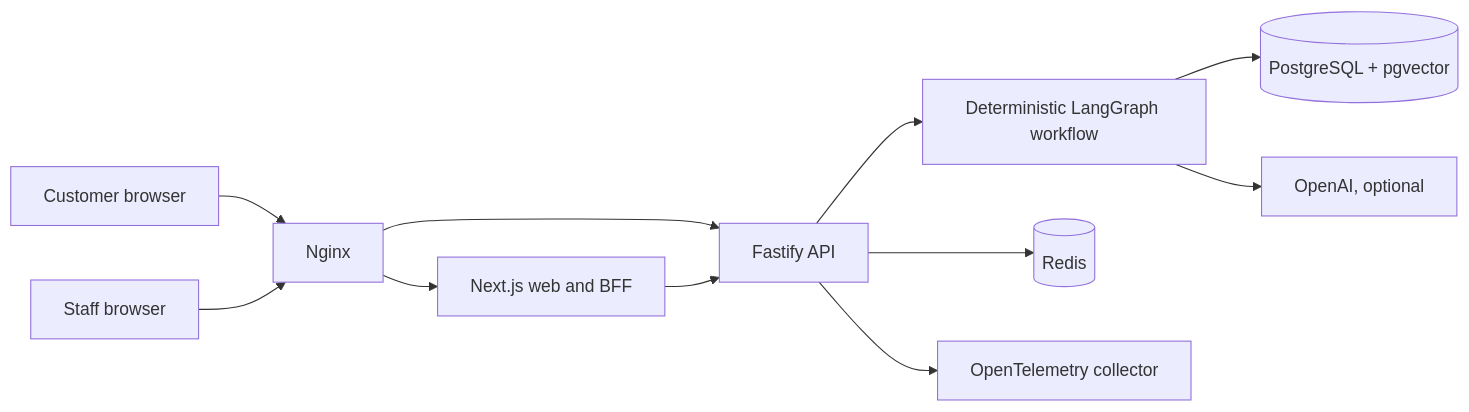
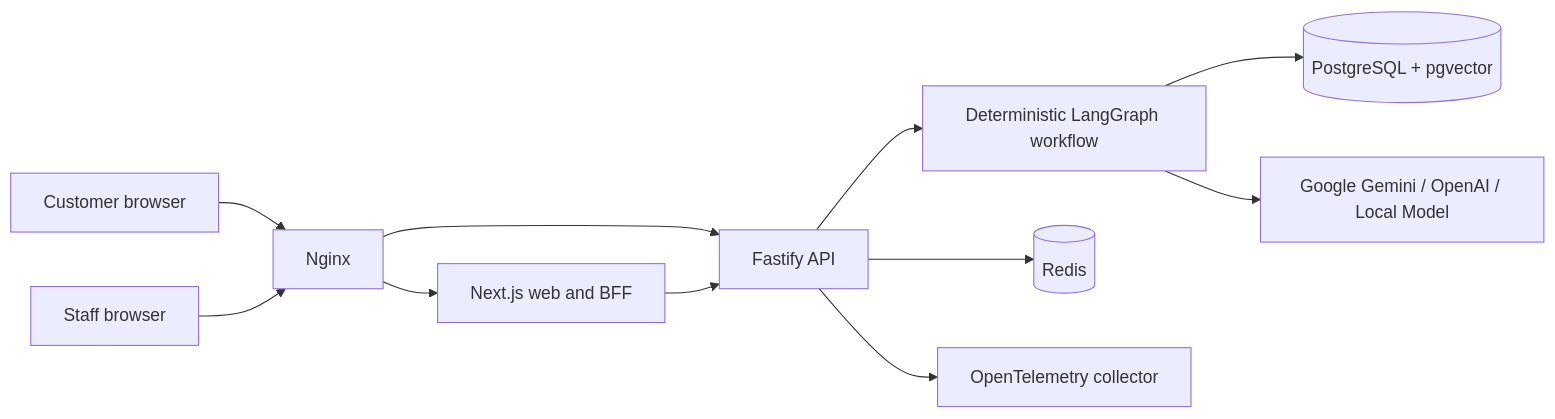
The first of 2 diagrams in README.md (kingggg5/pilotai), drawn with Mermaid before and after one commit. The commit also changed other lines of this file and 4 other files, not shown here.

Commit message:
docs: update comprehensive English and Thai README with Gemini AI, Multi-Model routing, KPI analytics, and live demo architecture

````diff
--- a/README.md
+++ b/README.md
@@ -43,13 +47,13 @@
 ```mermaid
 flowchart LR
     C["Customer browser"] --> N["Nginx"]
     S["Staff browser"] --> N
     N --> W["Next.js web and BFF"]
     N --> A["Fastify API"]
     W --> A
     A --> G["Deterministic LangGraph workflow"]
     G --> P[("PostgreSQL + pgvector")]
     A --> R[("Redis")]
-    G --> O["OpenAI, optional"]
+    G --> M["Google Gemini / OpenAI / Local Model"]
     A --> T["OpenTelemetry collector"]
 ```
````
